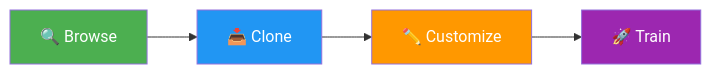
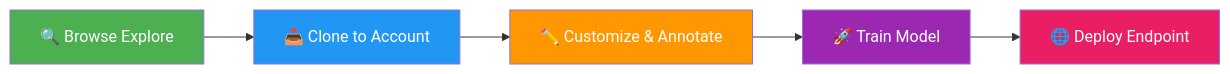
The first of 3 diagrams in docs/en/platform/explore.md (ultralytics/ultralytics), drawn with Mermaid before and after one commit. The commit also changed other lines of this file and 12 other files, not shown here.

````diff
--- a/docs/en/platform/explore.md
+++ b/docs/en/platform/explore.md
@@ -13,11 +13,13 @@
 ```mermaid
 graph LR
-    A[🔍 Browse] --> B[📥 Clone]
-    B --> C[✏️ Customize]
-    C --> D[🚀 Train]
+    A[🔍 Browse Explore] --> B[📥 Clone to Account]
+    B --> C[✏️ Customize & Annotate]
+    C --> D[🚀 Train Model]
+    D --> E[🌐 Deploy Endpoint]
 
     style A fill:#4CAF50,color:#fff
     style B fill:#2196F3,color:#fff
     style C fill:#FF9800,color:#fff
     style D fill:#9C27B0,color:#fff
+    style E fill:#E91E63,color:#fff
 ```
````
